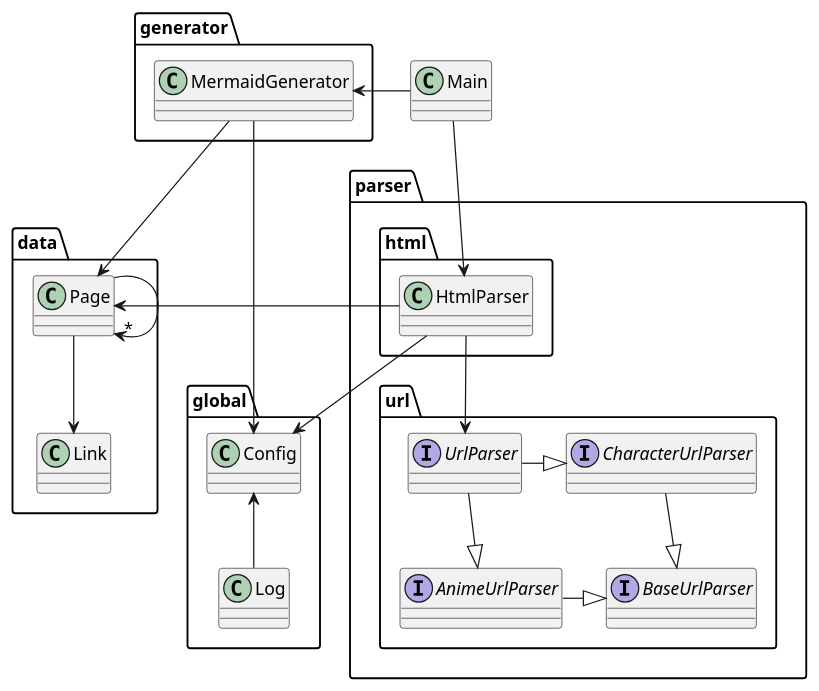
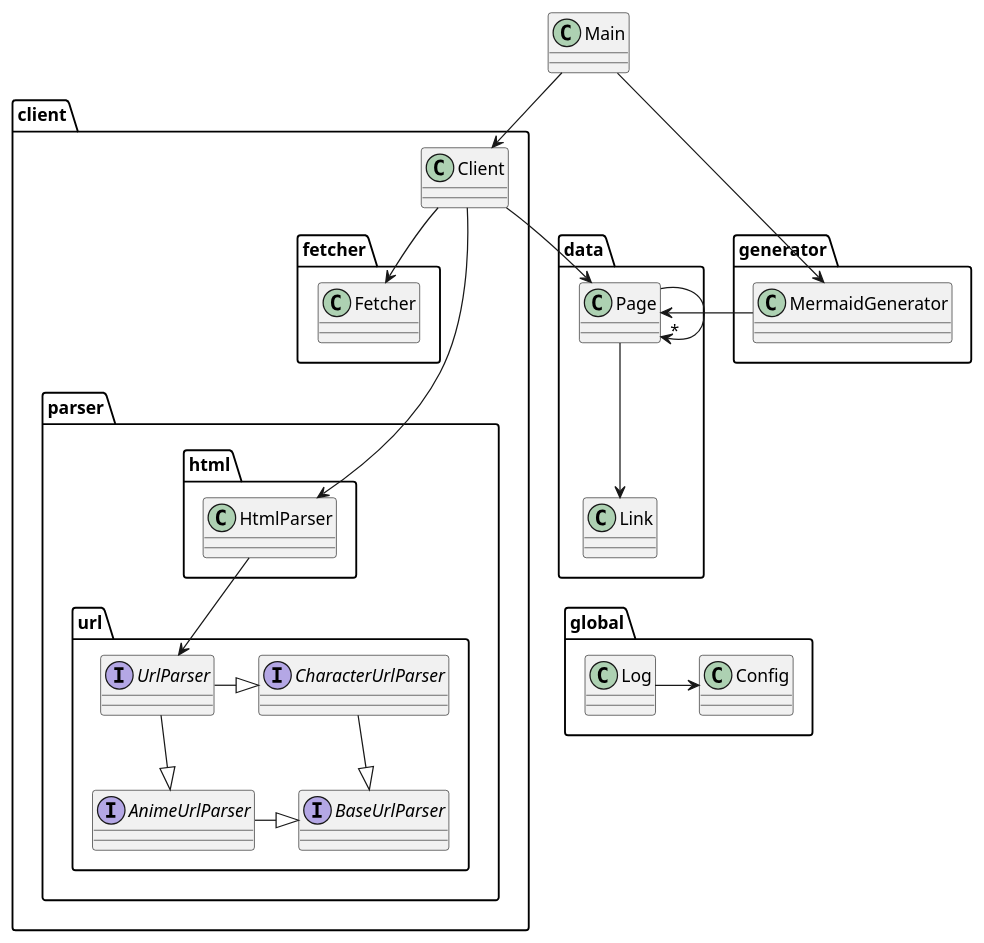
Before and after one commit to suzuki-hoge/mal-view: the diagram in mal-view-parser/implementation.puml, drawn with PlantUML. The commit also changed 19 other files, not shown here.

```diff
--- a/mal-view-parser/implementation.puml
+++ b/mal-view-parser/implementation.puml
@@ -1,56 +1,66 @@
 @startuml
 
 class Main
 
 package data {
     class Page
     class Link
 
     Page --> Link
     Page --> "*" Page
 }
 
 package global {
     class Config
     class Log
-    Log -u-> Config
-}
-
-package parser {
-    package html {
-        class HtmlParser {
-        }
-    }
-
-    package url {
-        interface BaseUrlParser {
-        }
-        interface AnimeUrlParser {
-        }
-        interface CharacterUrlParser {
-        }
-        interface UrlParser {
-        }
-        UrlParser -r-|> AnimeUrlParser
-        UrlParser -r-|> CharacterUrlParser
-        AnimeUrlParser -r-|> BaseUrlParser
-        CharacterUrlParser --|> BaseUrlParser
-    }
-
-    HtmlParser -d-> UrlParser
+    Log -r-> Config
 }
 
 package generator {
     class MermaidGenerator
 }
 
-Main -d-> HtmlParser
-Main -r-> MermaidGenerator
+package client {
+    class Client
 
-HtmlParser -r-> Page
-MermaidGenerator --> Page
+    package fetcher {
+        class Fetcher
+    }
 
-HtmlParser -d-> Config
-MermaidGenerator -d-> Config
+    package parser {
+        package html {
+            class HtmlParser {
+            }
+        }
+
+        package url {
+            interface BaseUrlParser {
+            }
+            interface AnimeUrlParser {
+            }
+            interface CharacterUrlParser {
+            }
+            interface UrlParser {
+            }
+            UrlParser -r-|> AnimeUrlParser
+            UrlParser -r-|> CharacterUrlParser
+            AnimeUrlParser -r-|> BaseUrlParser
+            CharacterUrlParser --|> BaseUrlParser
+        }
+
+        HtmlParser -d-> UrlParser
+    }
+
+    Client -d-> Fetcher
+    Client -d--> HtmlParser
+}
+
+Main -d-> Client
+Main -d-> MermaidGenerator
+
+Client --> Page
+MermaidGenerator -r-> Page
+
+Link -[hidden]d-> Log
 
 @enduml
```
